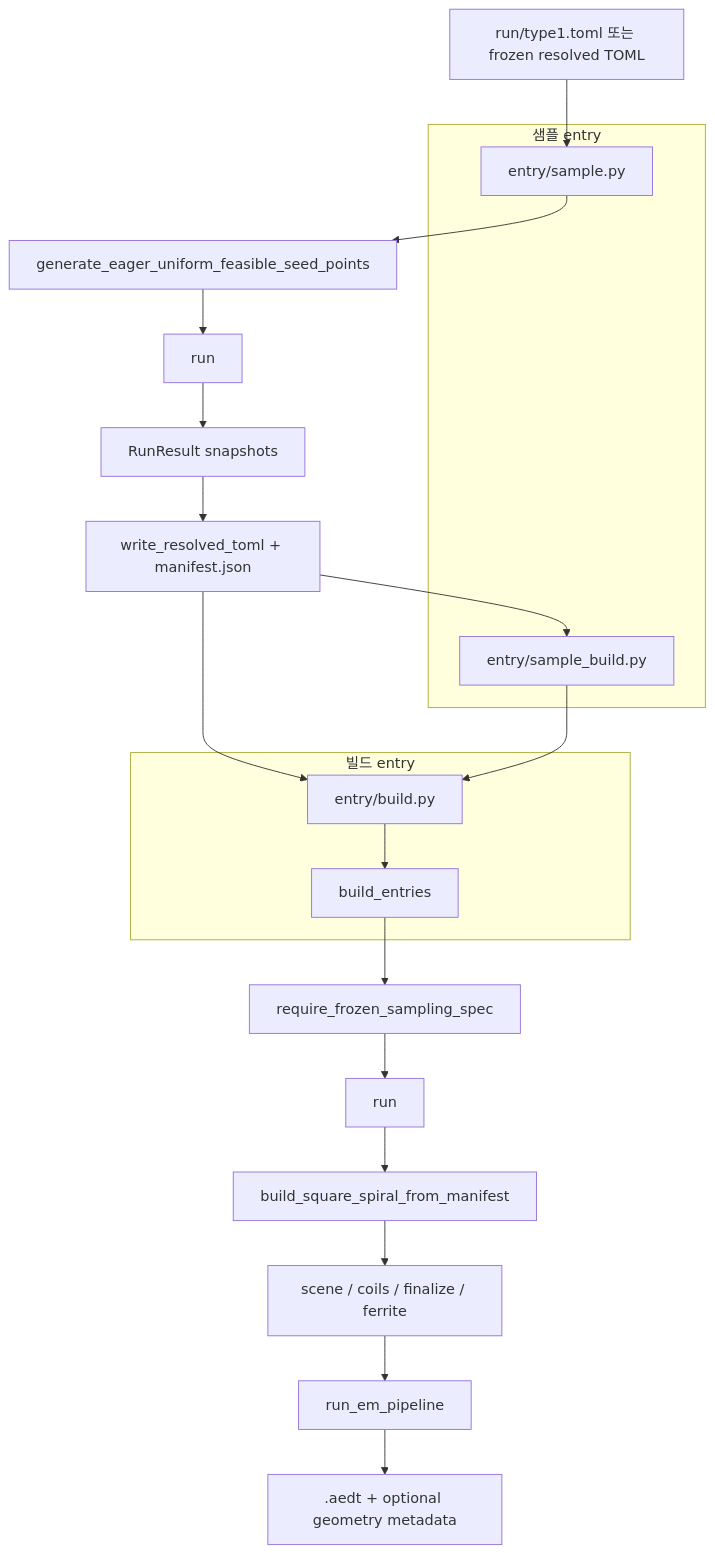
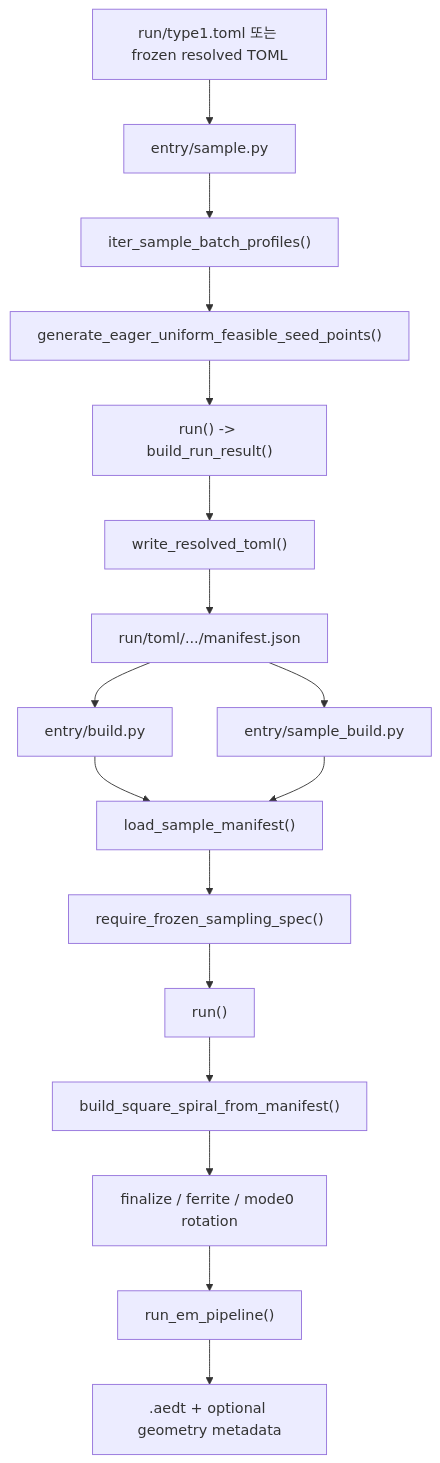
One commit to Glaysia/peetsfea changed the diagram in docs/current-pipeline.md. Above: the diagram before and after it, drawn with Mermaid. The commit also changed other lines of this file and 7 other files, not shown here.

Commit message:
Update 0.2.19 docs for current TX geometry pipeline

````diff
--- a/docs/current-pipeline.md
+++ b/docs/current-pipeline.md
@@ -5,32 +5,39 @@
 ```mermaid
 flowchart TD
     Spec["run/type1.toml 또는 frozen resolved TOML"]
 
-    subgraph SampleEntries["샘플 entry"]
-        SamplePy["entry/sample.py"]
-        SampleBuild["entry/sample_build.py"]
-    end
+    SamplePy["entry/sample.py"]
+    Profiles["iter_sample_batch_profiles()"]
+    Seeds["generate_eager_uniform_feasible_seed_points()"]
+    RunSample["run() -> build_run_result()"]
+    Freeze["write_resolved_toml()"]
+    BatchManifest["run/toml/.../manifest.json"]
 
-    subgraph BuildEntries["빌드 entry"]
-        BuildPy["entry/build.py"]
-        BuildWorker["build_entries"]
-    end
+    BuildPy["entry/build.py"]
+    SampleBuild["entry/sample_build.py"]
+    LoadManifest["load_sample_manifest()"]
+    FrozenGate["require_frozen_sampling_spec()"]
+    RunBuild["run()"]
+    Geometry["build_square_spiral_from_manifest()"]
+    Finalize["finalize / ferrite / mode0 rotation"]
+    EM["run_em_pipeline()"]
+    Outputs[".aedt + optional geometry metadata"]
 
     Spec --> SamplePy
-    SamplePy --> Uniform["generate_eager_uniform_feasible_seed_points"]
-    Uniform --> RunSample["run"]
-    RunSample --> Snapshots["RunResult snapshots"]
-    Snapshots --> ResolvedToml["write_resolved_toml + manifest.json"]
+    SamplePy --> Profiles
+    Profiles --> Seeds
+    Seeds --> RunSample
+    RunSample --> Freeze
+    Freeze --> BatchManifest
 
-    ResolvedToml --> BuildPy
-    ResolvedToml --> SampleBuild
-    BuildPy --> BuildWorker
-    SampleBuild --> BuildPy
-
-    BuildWorker --> FrozenGate["require_frozen_sampling_spec"]
-    FrozenGate --> RunBuild["run"]
-    RunBuild --> Geometry["build_square_spiral_from_manifest"]
-    Geometry --> Scene["scene / coils / finalize / ferrite"]
-    Scene --> EMPipeline["run_em_pipeline"]
-    EMPipeline --> Outputs[".aedt + optional geometry metadata"]
+    BatchManifest --> BuildPy
+    BatchManifest --> SampleBuild
+    BuildPy --> LoadManifest
+    SampleBuild --> LoadManifest
+    LoadManifest --> FrozenGate
+    FrozenGate --> RunBuild
+    RunBuild --> Geometry
+    Geometry --> Finalize
+    Finalize --> EM
+    EM --> Outputs
 ```
````
